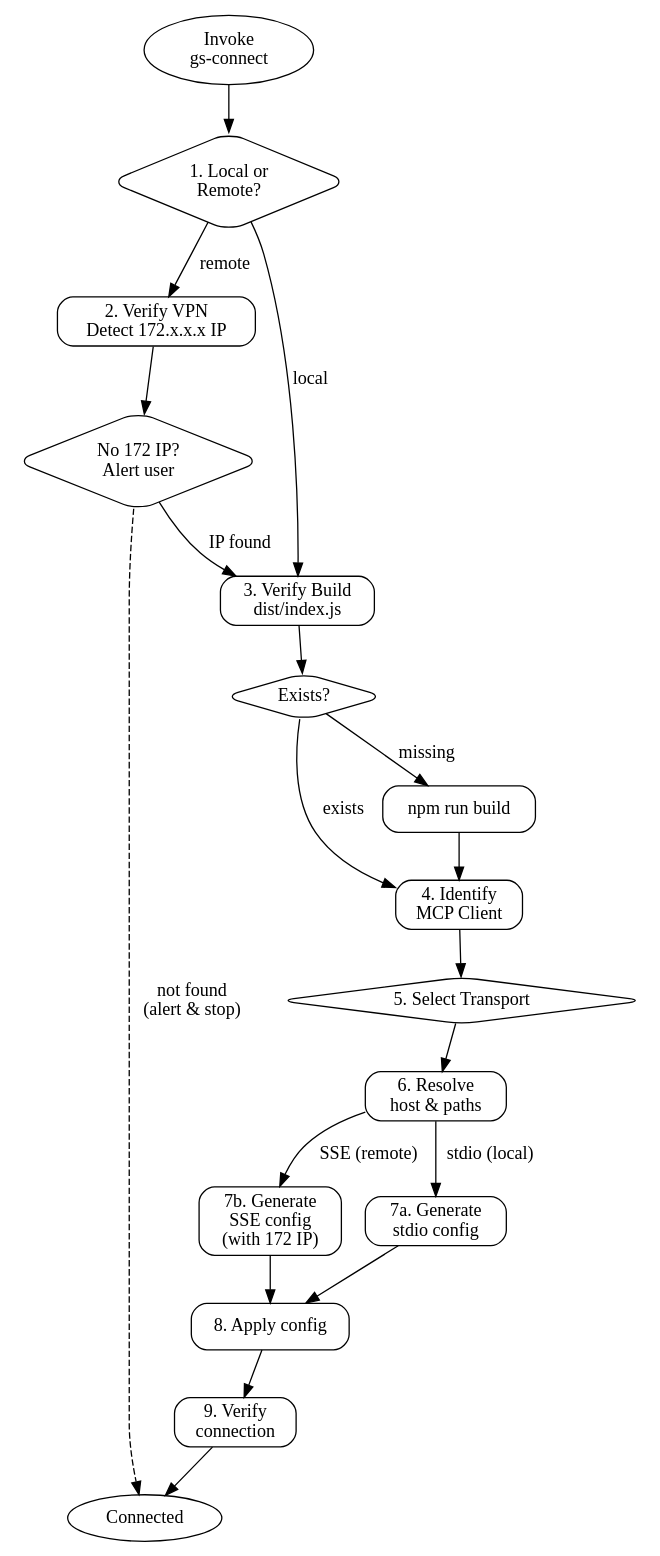
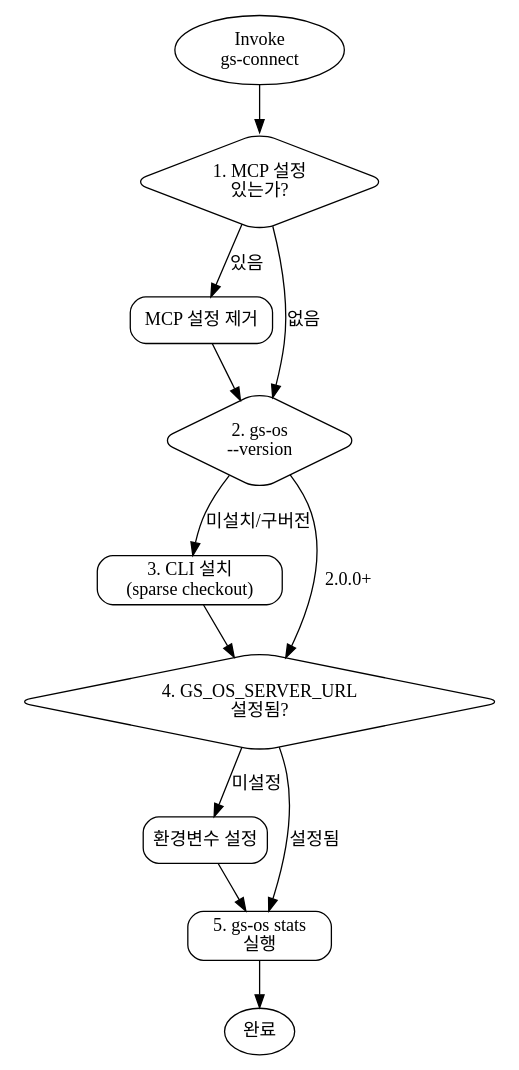
One commit to sangyeon-bagelcode/claude-plugins changed the diagram in plugins/gs-connect/skills/gs-connect/SKILL.md. Above: the diagram before and after it, drawn with Graphviz. The commit also changed other lines of this file and 1 other file, not shown here.

First line of the commit message:
feat(gs-connect): MCP 폐기, CLI thin client 전환 가이드로 재작성

````diff
--- a/plugins/gs-connect/skills/gs-connect/SKILL.md
+++ b/plugins/gs-connect/skills/gs-connect/SKILL.md
@@ -192,41 +197,28 @@
 ```graphviz
 digraph gs_connect {
   rankdir=TB;
   node [shape=box style=rounded];
 
-  START       [label="Invoke\ngs-connect" shape=oval];
-  CONN_TYPE   [label="1. Local or\nRemote?" shape=diamond];
-  VPN         [label="2. Verify VPN\nDetect 172.x.x.x IP"];
-  NO_IP       [label="No 172 IP?\nAlert user" shape=diamond];
-  CHECK_BUILD [label="3. Verify Build\ndist/index.js"];
-  NEED_BUILD  [label="Exists?" shape=diamond];
-  DO_BUILD    [label="npm run build"];
-  ASK_CLIENT  [label="4. Identify\nMCP Client"];
-  TRANSPORT   [label="5. Select Transport" shape=diamond];
-  RESOLVE     [label="6. Resolve\nhost & paths"];
-  GEN_STDIO   [label="7a. Generate\nstdio config"];
-  GEN_SSE     [label="7b. Generate\nSSE config\n(with 172 IP)"];
-  APPLY       [label="8. Apply config"];
-  VERIFY      [label="9. Verify\nconnection"];
-  DONE        [label="Connected" shape=oval];
+  START        [label="Invoke\ngs-connect" shape=oval];
+  CHECK_MCP    [label="1. MCP 설정\n있는가?" shape=diamond];
+  REMOVE_MCP   [label="MCP 설정 제거"];
+  CHECK_CLI    [label="2. gs-os\n--version" shape=diamond];
+  INSTALL_CLI  [label="3. CLI 설치\n(sparse checkout)"];
+  CHECK_ENV    [label="4. GS_OS_SERVER_URL\n설정됨?" shape=diamond];
+  SET_ENV      [label="환경변수 설정"];
+  VERIFY       [label="5. gs-os stats\n실행"];
+  DONE         [label="완료" shape=oval];
 
-  START       -> CONN_TYPE;
-  CONN_TYPE   -> VPN         [label="remote"];
-  CONN_TYPE   -> CHECK_BUILD [label="local"];
-  VPN         -> NO_IP;
-  NO_IP       -> CHECK_BUILD [label="IP found"];
-  NO_IP       -> DONE        [label="not found\n(alert & stop)" style=dashed];
-  CHECK_BUILD -> NEED_BUILD;
-  NEED_BUILD  -> DO_BUILD    [label="missing"];
-  NEED_BUILD  -> ASK_CLIENT  [label="exists"];
-  DO_BUILD    -> ASK_CLIENT;
-  ASK_CLIENT  -> TRANSPORT;
-  TRANSPORT   -> RESOLVE;
-  RESOLVE     -> GEN_STDIO   [label="stdio (local)"];
-  RESOLVE     -> GEN_SSE     [label="SSE (remote)"];
-  GEN_STDIO   -> APPLY;
-  GEN_SSE     -> APPLY;
-  APPLY       -> VERIFY;
+  START       -> CHECK_MCP;
+  CHECK_MCP   -> REMOVE_MCP   [label="있음"];
+  CHECK_MCP   -> CHECK_CLI    [label="없음"];
+  REMOVE_MCP  -> CHECK_CLI;
+  CHECK_CLI   -> INSTALL_CLI  [label="미설치/구버전"];
+  CHECK_CLI   -> CHECK_ENV    [label="2.0.0+"];
+  INSTALL_CLI -> CHECK_ENV;
+  CHECK_ENV   -> SET_ENV      [label="미설정"];
+  CHECK_ENV   -> VERIFY       [label="설정됨"];
+  SET_ENV     -> VERIFY;
   VERIFY      -> DONE;
 }
 ```
````
